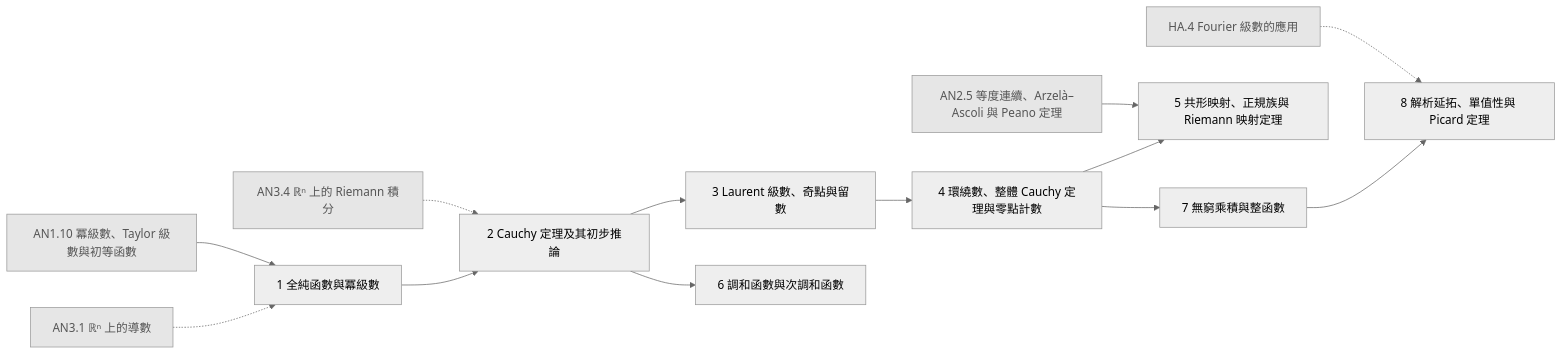
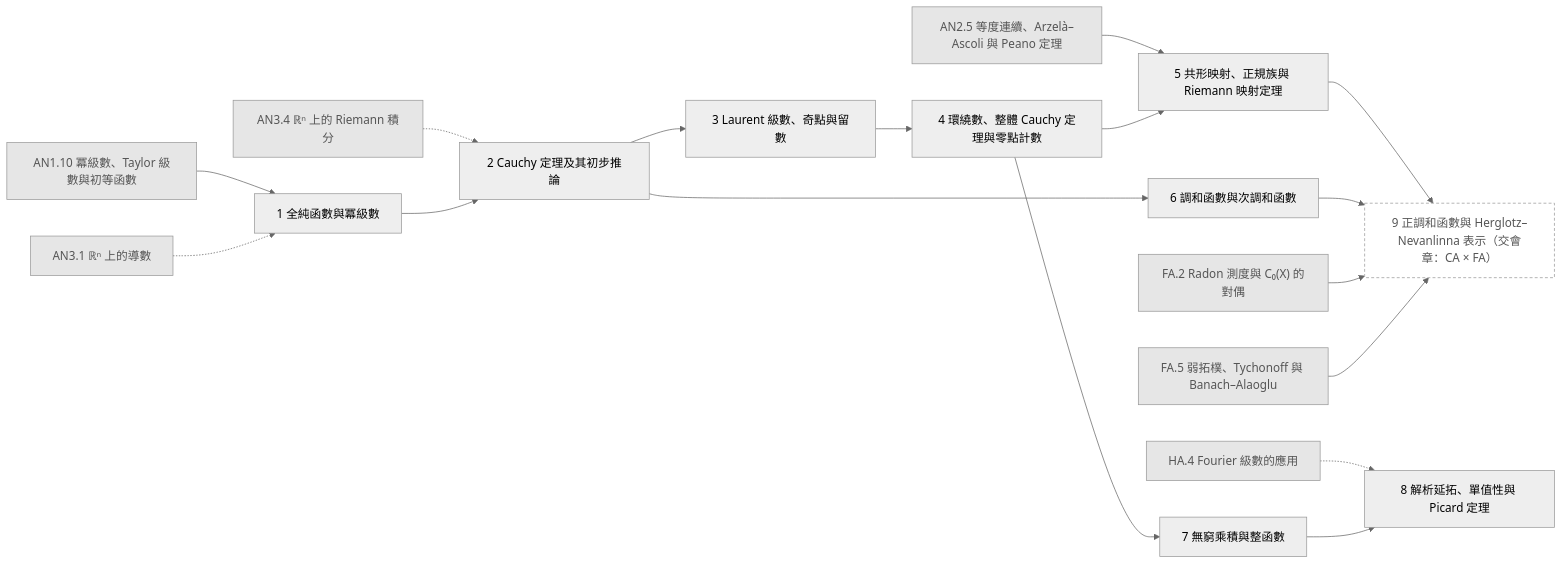
One commit to AkizumiFox/math-atlas changed the diagram in generated/chapters/CA.mmd. Above: the diagram before and after it, drawn with Mermaid (neutral theme). The commit also changed 16 other files, not shown here.

```diff
--- a/generated/chapters/CA.mmd
+++ b/generated/chapters/CA.mmd
@@ -1,29 +1,36 @@
 flowchart LR
   AN1_10["AN1.10 冪級數、Taylor 級數與初等函數"]:::ext
   AN2_5["AN2.5 等度連續、Arzelà–Ascoli 與 Peano 定理"]:::ext
   AN3_1["AN3.1 ℝⁿ 上的導數"]:::ext
   AN3_4["AN3.4 ℝⁿ 上的 Riemann 積分"]:::ext
   HA_4["HA.4 Fourier 級數的應用"]:::ext
+  FA_2["FA.2 Radon 測度與 C₀(X) 的對偶"]:::ext
+  FA_5["FA.5 弱拓樸、Tychonoff 與 Banach–Alaoglu"]:::ext
   CA_1["1 全純函數與冪級數"]
   CA_2["2 Cauchy 定理及其初步推論"]
   CA_3["3 Laurent 級數、奇點與留數"]
   CA_4["4 環繞數、整體 Cauchy 定理與零點計數"]
   CA_5["5 共形映射、正規族與 Riemann 映射定理"]
   CA_6["6 調和函數與次調和函數"]
   CA_7["7 無窮乘積與整函數"]
   CA_8["8 解析延拓、單值性與 Picard 定理"]
+  CA_9["9 正調和函數與 Herglotz–Nevanlinna 表示（交會章：CA × FA）"]:::opt
   AN1_10 --> CA_1
   AN3_1 -.-> CA_1
   AN3_4 -.-> CA_2
   CA_1 --> CA_2
   CA_2 --> CA_3
   CA_3 --> CA_4
   AN2_5 --> CA_5
   CA_4 --> CA_5
   CA_2 --> CA_6
   CA_4 --> CA_7
   HA_4 -.-> CA_8
   CA_7 --> CA_8
+  CA_5 --> CA_9
+  CA_6 --> CA_9
+  FA_2 --> CA_9
+  FA_5 --> CA_9
   classDef ext fill:#e6e6e6,stroke:#999,color:#555
   classDef opt fill:#fff,stroke:#999,stroke-dasharray:4 3,color:#555
   classDef segb fill:#f6f6fb,stroke:#99a,color:#333
```
